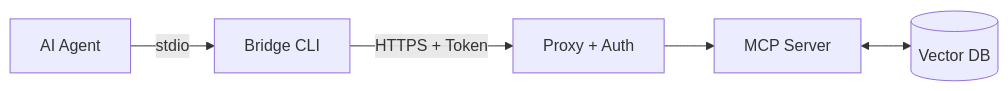
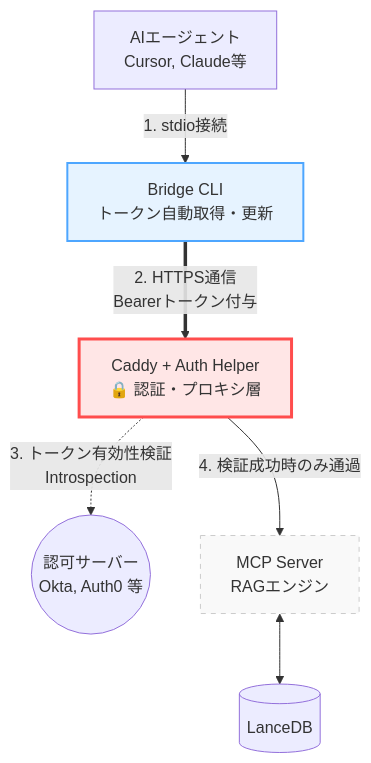
One commit to ryodocx/remote-rag changed the diagram in README.md. Above: the diagram before and after it, drawn with Mermaid. The commit also changed other lines of this file, not shown here.

Commit message:
docs: expand architecture diagram to emphasize auth proxy

````diff
--- a/README.md
+++ b/README.md
@@ -87,7 +87,21 @@
 ```mermaid
-graph LR
-    Agent[AI Agent] -->|stdio| Bridge[Bridge CLI]
-    Bridge -->|HTTPS + Token| Caddy[Proxy + Auth]
-    Caddy --> MCPServer[MCP Server]
-    MCPServer <--> LanceDB[(Vector DB)]
+graph TD
+    %% クライアント層
+    Agent[AIエージェント<br/>Cursor, Claude等] -->|1. stdio接続| Bridge[Bridge CLI<br/>トークン自動取得・更新]
+    
+    %% ネットワーク・プロキシ層
+    Bridge ==>|2. HTTPS通信<br/>Bearerトークン付与| Proxy[Caddy + Auth Helper<br/>🔒 認証・プロキシ層]
+    
+    %% 外部認可サーバー
+    IdP((認可サーバー<br/>Okta, Auth0 等))
+    Proxy -.->|3. トークン有効性検証<br/>Introspection| IdP
+    
+    %% アプリケーション層 (保護された領域)
+    Proxy -->|4. 検証成功時のみ通過| MCPServer[MCP Server<br/>RAGエンジン]
+    MCPServer <--> LanceDB[(LanceDB)]
+
+    %% 強調スタイル
+    style Proxy fill:#ffe6e6,stroke:#ff4d4d,stroke-width:3px
+    style Bridge fill:#e6f3ff,stroke:#4da6ff,stroke-width:2px
+    style MCPServer fill:#f9f9f9,stroke:#cccccc,stroke-dasharray: 5 5
 ```
````
